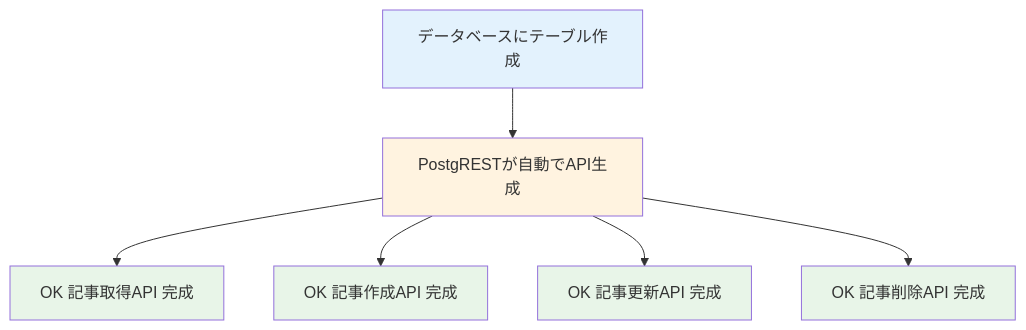
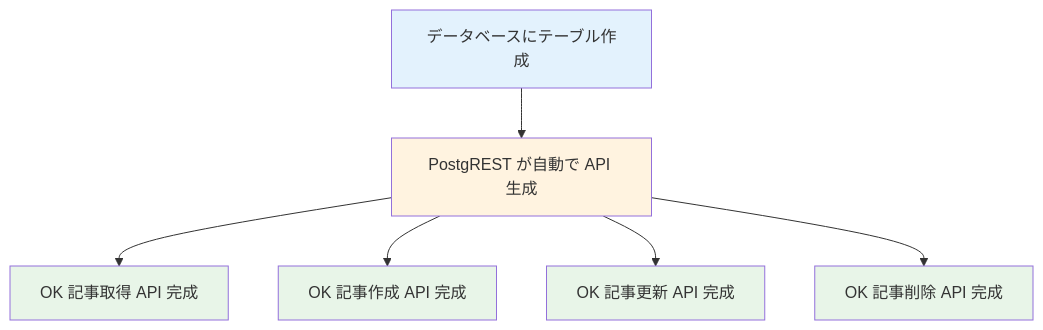
Before and after one commit to itdojp/supabase-architecture-patterns-book: the sixth of 6 diagrams in docs/chapters/chapter01/index.md, drawn with Mermaid. The commit also changed other lines of this file and 31 other files, not shown here.

````diff
--- a/docs/chapters/chapter01/index.md
+++ b/docs/chapters/chapter01/index.md
@@ -277,15 +277,15 @@
 ```mermaid
 flowchart TD
-    A[ データベースにテーブル作成] --> B[ PostgRESTが自動でAPI生成]
-    B --> C[OK 記事取得API 完成]
-    B --> D[OK 記事作成API 完成] 
-    B --> E[OK 記事更新API 完成]
-    B --> F[OK 記事削除API 完成]
-    
+    A[ データベースにテーブル作成] --> B[ PostgREST が自動で API 生成]
+    B --> C[OK 記事取得 API 完成]
+    B --> D[OK 記事作成 API 完成]
+    B --> E[OK 記事更新 API 完成]
+    B --> F[OK 記事削除 API 完成]
+
     style A fill:#e3f2fd
     style B fill:#fff3e0
     style C fill:#e8f5e8
     style D fill:#e8f5e8
     style E fill:#e8f5e8
     style F fill:#e8f5e8
 ```
````
